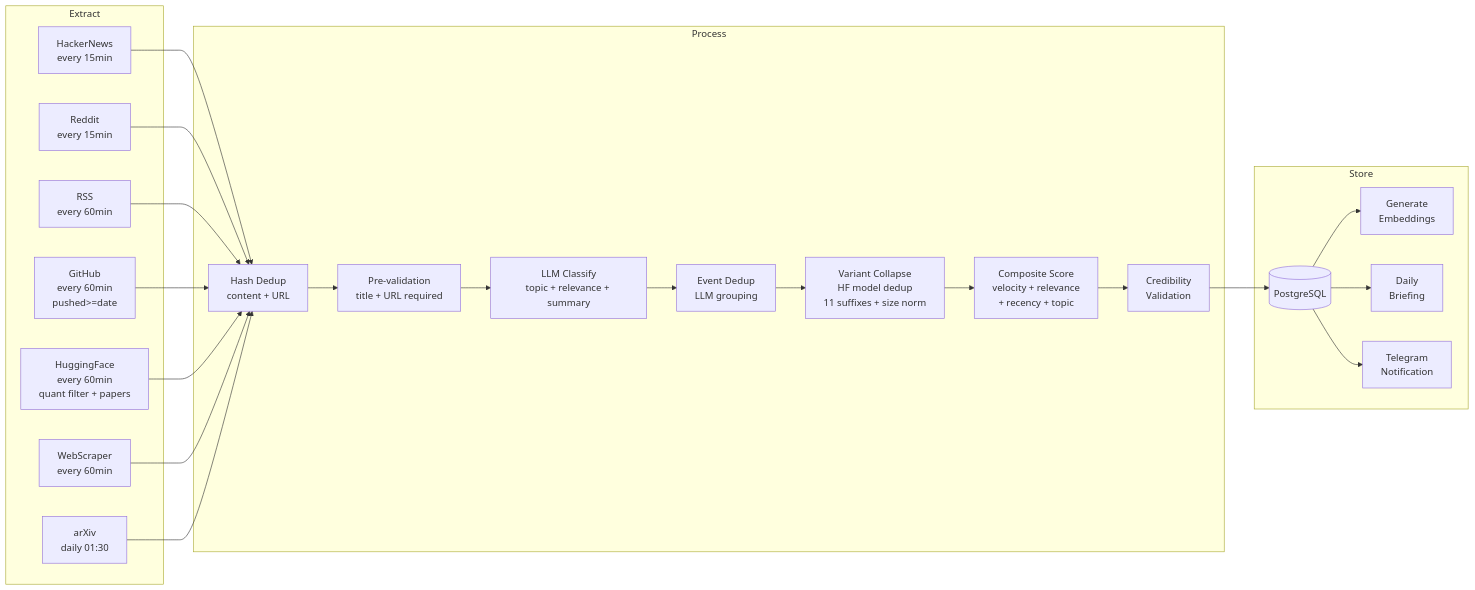
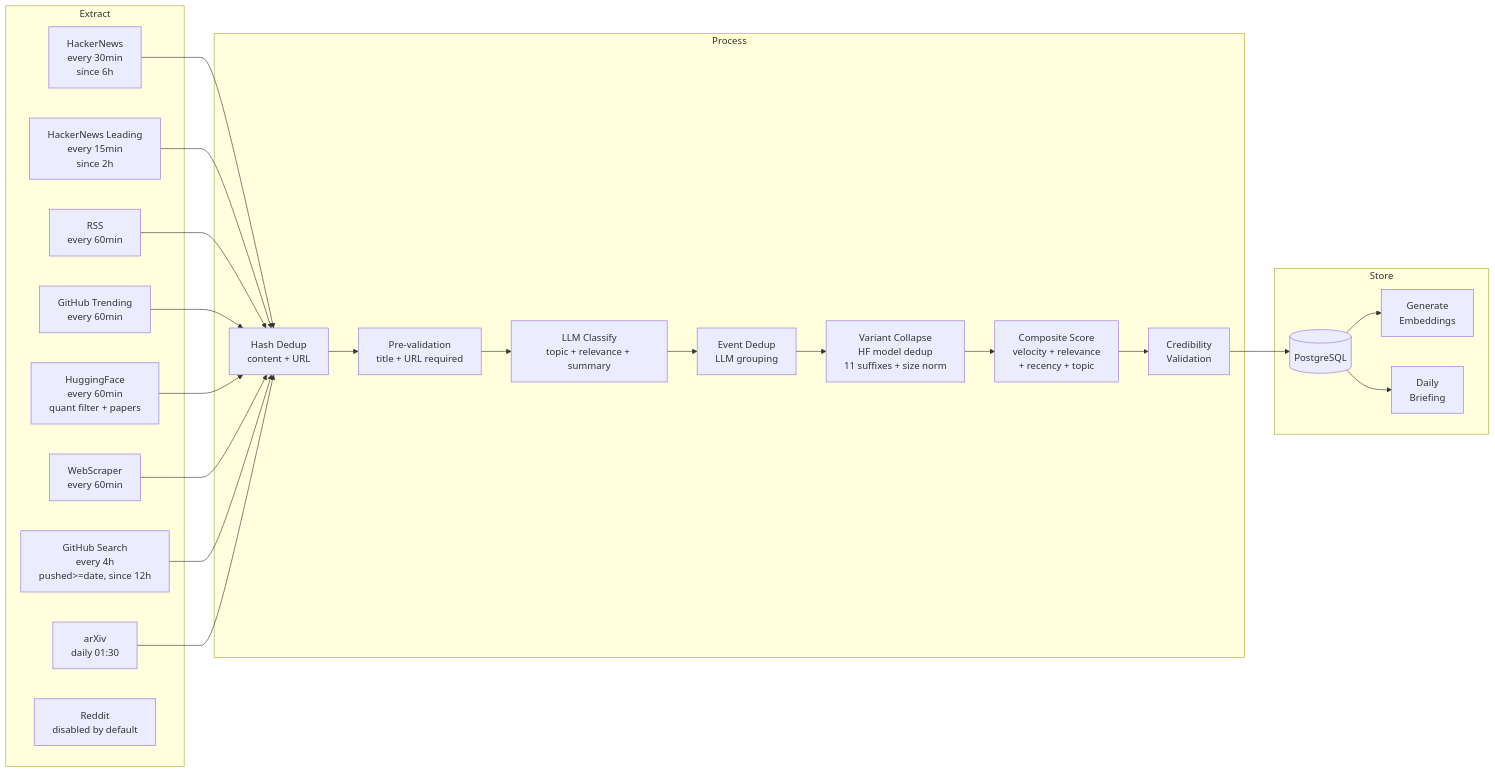
Before and after one commit to pguerrerolinares/ai-news-platform: the second of 8 diagrams in docs/architecture/overview.md, drawn with Mermaid. The commit also changed other lines of this file and 6 other files, not shown here.

````diff
--- a/docs/architecture/overview.md
+++ b/docs/architecture/overview.md
@@ -96,34 +94,35 @@
 ```mermaid
 flowchart LR
     subgraph Extract
-        E1[HackerNews<br/>every 15min]
-        E2[Reddit<br/>every 15min]
+        E1[HackerNews<br/>every 30min<br/>since 6h]
+        E1B[HackerNews Leading<br/>every 15min<br/>since 2h]
         E3[RSS<br/>every 60min]
-        E4[GitHub<br/>every 60min<br/>pushed>=date]
+        E4[GitHub Trending<br/>every 60min]
         E5[HuggingFace<br/>every 60min<br/>quant filter + papers]
         E6[WebScraper<br/>every 60min]
+        E4S[GitHub Search<br/>every 4h<br/>pushed>=date, since 12h]
         E7[arXiv<br/>daily 01:30]
+        E2[Reddit<br/>disabled by default]
     end
 
     subgraph Process
         DD[Hash Dedup<br/>content + URL]
         VL[Pre-validation<br/>title + URL required]
         CL[LLM Classify<br/>topic + relevance + summary]
         ED[Event Dedup<br/>LLM grouping]
         VC[Variant Collapse<br/>HF model dedup<br/>11 suffixes + size norm]
         CS[Composite Score<br/>velocity + relevance<br/>+ recency + topic]
         CR[Credibility<br/>Validation]
     end
 
     subgraph Store
         DB[(PostgreSQL)]
         EM[Generate<br/>Embeddings]
         BR[Daily<br/>Briefing]
-        TG[Telegram<br/>Notification]
     end
 
-    E1 & E2 & E3 & E4 & E5 & E6 & E7 --> DD
+    E1 & E1B & E3 & E4 & E5 & E6 & E4S & E7 --> DD
     DD --> VL --> CL --> ED --> VC --> CS --> CR
     CR --> DB
-    DB --> EM & BR & TG
+    DB --> EM & BR
 ```
````
